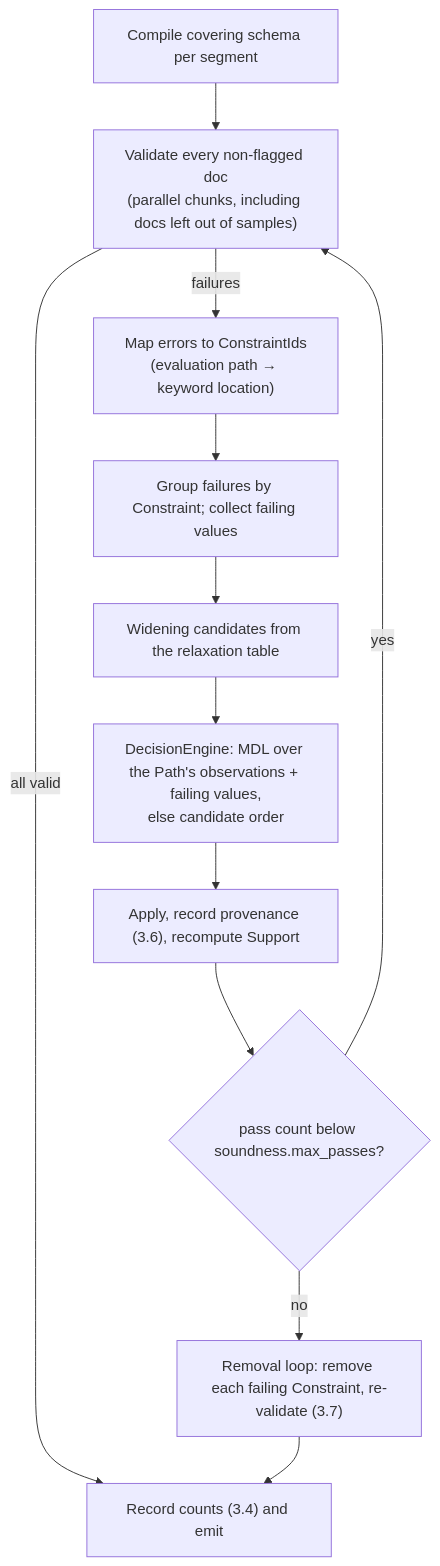
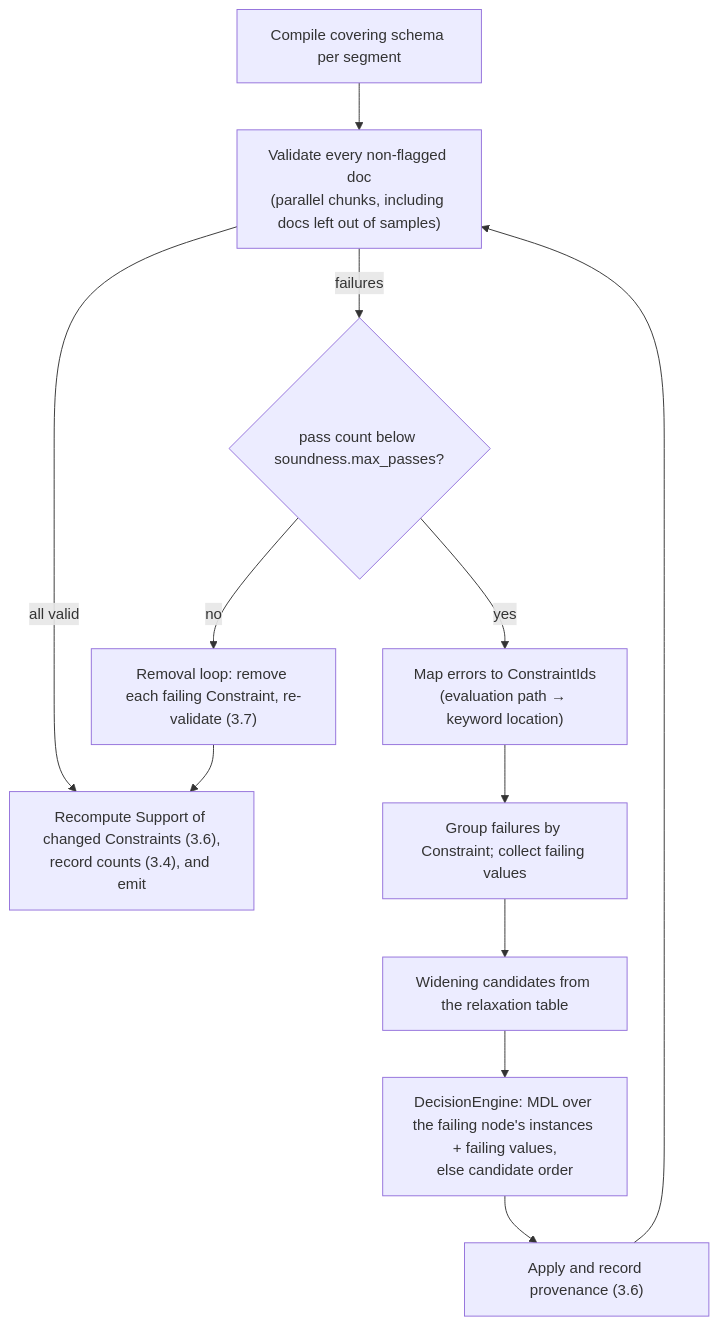
The third of 3 diagrams in JSON-Schema-Infer/.kiro/specs/json-schema-inference/design.md (mars2292-umn/Kiro-experimentation), drawn with Mermaid before and after one commit. The commit also changed other lines of this file and 103 other files, not shown here.

````diff
--- a/JSON-Schema-Infer/.kiro/specs/json-schema-inference/design.md
+++ b/JSON-Schema-Infer/.kiro/specs/json-schema-inference/design.md
@@ -1007,14 +1019,14 @@
 ```mermaid
 flowchart TD
     A["Compile covering schema per segment"] --> B["Validate every non-flagged doc<br/>(parallel chunks, including docs left out of samples)"]
-    B -->|all valid| Z["Record counts (3.4) and emit"]
-    B -->|failures| C["Map errors to ConstraintIds<br/>(evaluation path → keyword location)"]
+    B -->|all valid| Z["Recompute Support of changed Constraints (3.6),<br/>record counts (3.4), and emit"]
+    B -->|failures| H{"pass count below soundness.max_passes?"}
+    H -->|yes| C["Map errors to ConstraintIds<br/>(evaluation path → keyword location)"]
     C --> D["Group failures by Constraint; collect failing values"]
     D --> E["Widening candidates from the relaxation table"]
-    E --> F["DecisionEngine: MDL over the Path's observations + failing values,<br/>else candidate order"]
-    F --> G["Apply, record provenance (3.6), recompute Support"]
-    G --> H{"pass count below soundness.max_passes?"}
-    H -->|yes| B
+    E --> F["DecisionEngine: MDL over the failing node's instances + failing values,<br/>else candidate order"]
+    F --> G["Apply and record provenance (3.6)"]
+    G --> B
     H -->|no| R["Removal loop: remove each failing Constraint, re-validate (3.7)"]
     R --> Z
 ```
````
